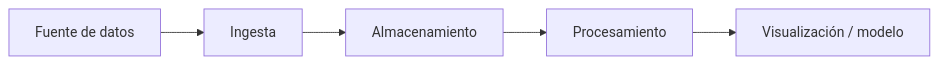
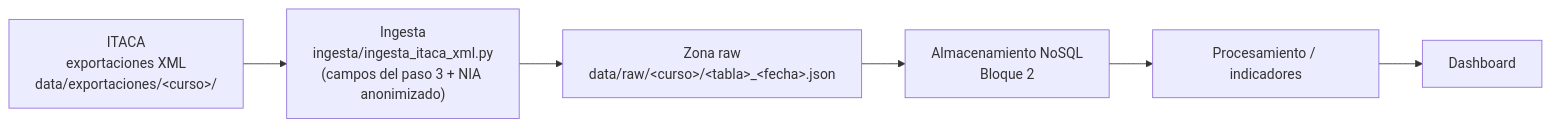
The diagram in README.md (DCast-Alu/bigdata-p1-itaca), drawn with Mermaid before and after one commit. The commit also changed other lines of this file and 2 other files, not shown here.

Commit message:
Corrección P1: ingesta_itaca_xml.py con campos del paso 3, Anyo de cabecera, sin datos identificativos, logging, manejo de errores y validación; README completado

````diff
--- a/README.md
+++ b/README.md
@@ -17,7 +11,8 @@
 ```mermaid
 graph LR
-    A[Fuente de datos] --> B[Ingesta]
-    B --> C[Almacenamiento]
-    C --> D[Procesamiento]
-    D --> E[Visualización / modelo]
+    A["ITACA<br/>exportaciones XML<br/>data/exportaciones/&lt;curso&gt;/"] --> B["Ingesta<br/>ingesta/ingesta_itaca_xml.py<br/>(campos del paso 3 + NIA anonimizado)"]
+    B --> C["Zona raw<br/>data/raw/&lt;curso&gt;/&lt;tabla&gt;_&lt;fecha&gt;.json"]
+    C --> D[Almacenamiento NoSQL<br/>Bloque 2]
+    D --> E[Procesamiento / indicadores]
+    E --> F[Dashboard]
 ```
````
